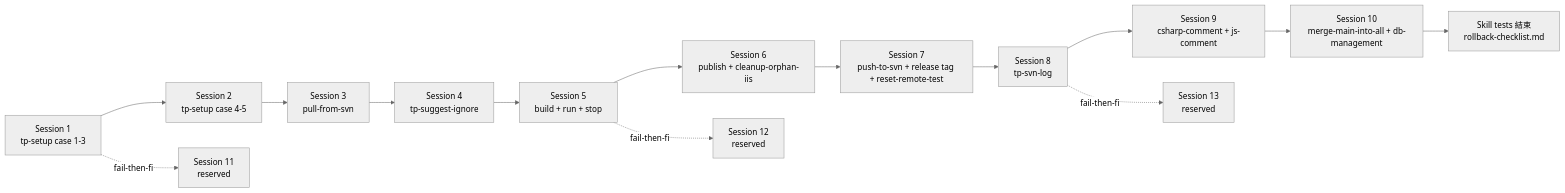
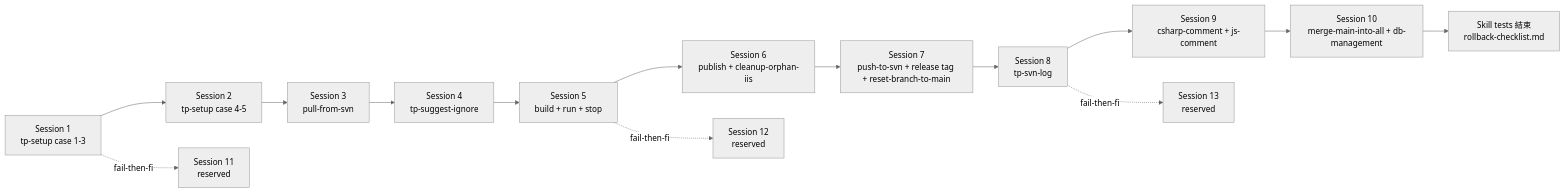
The diagram in plugins/turbo-plugin/tests/docs/skill-tests-session-plan.md (Bryant-Tang/turbo-plugins-claude), drawn with Mermaid (neutral theme) before and after one commit. The commit also changed other lines of this file and 7 other files, not shown here.

First line of the commit message:
refactor(turbo-plugin): U10 — tp-reset-remote-test → tp-reset-branch-to-main 泛化

````diff
--- a/plugins/turbo-plugin/tests/docs/skill-tests-session-plan.md
+++ b/plugins/turbo-plugin/tests/docs/skill-tests-session-plan.md
@@ -152,16 +152,16 @@
 ```mermaid
 flowchart LR
   S1[Session 1<br>tp-setup case 1-3] --> S2[Session 2<br>tp-setup case 4-5]
   S2 --> S3[Session 3<br>pull-from-svn]
   S3 --> S4[Session 4<br>tp-suggest-ignore]
   S4 --> S5[Session 5<br>build + run + stop]
   S5 --> S6[Session 6<br>publish + cleanup-orphan-iis]
-  S6 --> S7[Session 7<br>push-to-svn + release tag + reset-remote-test]
+  S6 --> S7[Session 7<br>push-to-svn + release tag + reset-branch-to-main]
   S7 --> S8[Session 8<br>tp-svn-log]
   S8 --> S9[Session 9<br>csharp-comment + js-comment]
   S9 --> S10b[Session 10<br>merge-main-into-all + db-management]
   S10b --> RB["Skill tests 結束<br>rollback-checklist.md"]
   S1 -.fail-then-fix.-> S11[Session 11<br>reserved]
   S5 -.fail-then-fix.-> S12[Session 12<br>reserved]
   S8 -.fail-then-fix.-> S13[Session 13<br>reserved]
 ```
````
